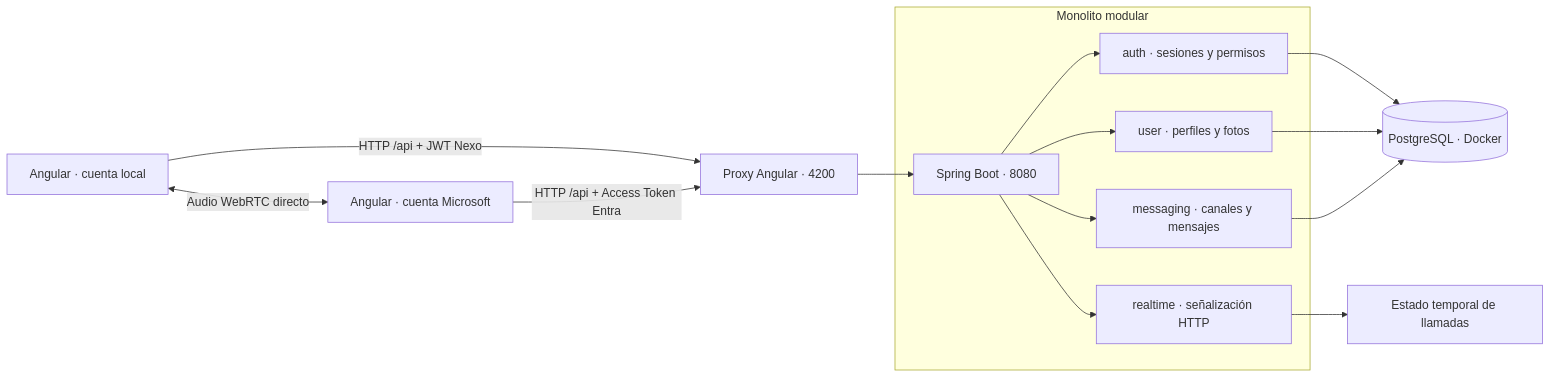
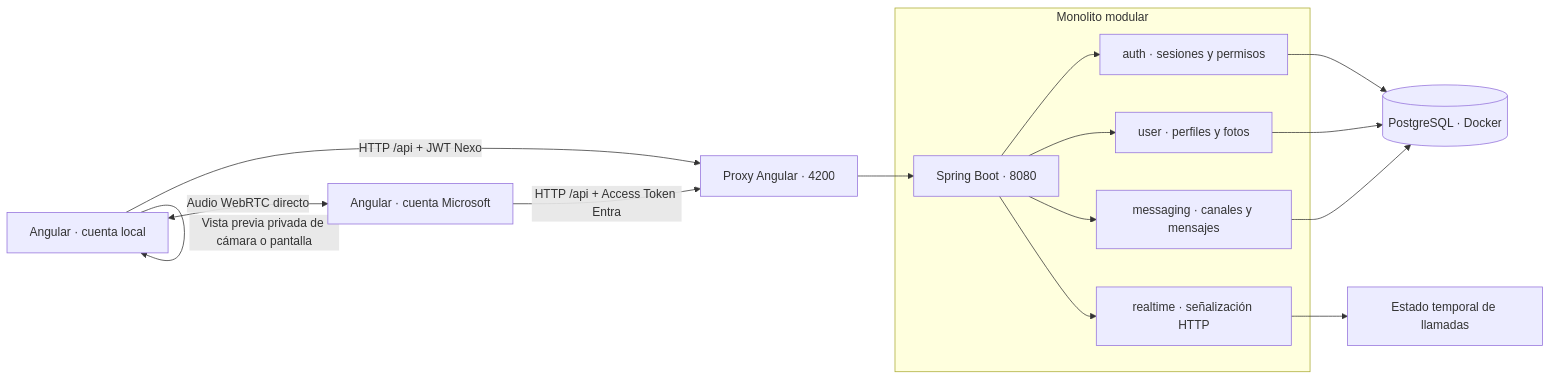
One commit to JorgeVergaraS/ProyectoTesis changed the first of 3 diagrams in README.md. Above: the diagram before and after it, drawn with Mermaid. The commit also changed other lines of this file and 18 other files, not shown here.

````diff
--- a/README.md
+++ b/README.md
@@ -146,17 +148,18 @@
 ```mermaid
 flowchart LR
     A[Angular · cuenta local] -->|HTTP /api + JWT Nexo| P[Proxy Angular · 4200]
     B[Angular · cuenta Microsoft] -->|HTTP /api + Access Token Entra| P
     P --> S[Spring Boot · 8080]
     subgraph M[Monolito modular]
       S --> AU[auth · sesiones y permisos]
       S --> U[user · perfiles y fotos]
       S --> C[messaging · canales y mensajes]
       S --> R[realtime · señalización HTTP]
     end
     AU --> DB[(PostgreSQL · Docker)]
     U --> DB
     C --> DB
     R --> RAM[Estado temporal de llamadas]
     A <-->|Audio WebRTC directo| B
+    A -->|Vista previa privada de cámara o pantalla| A
 ```
````
